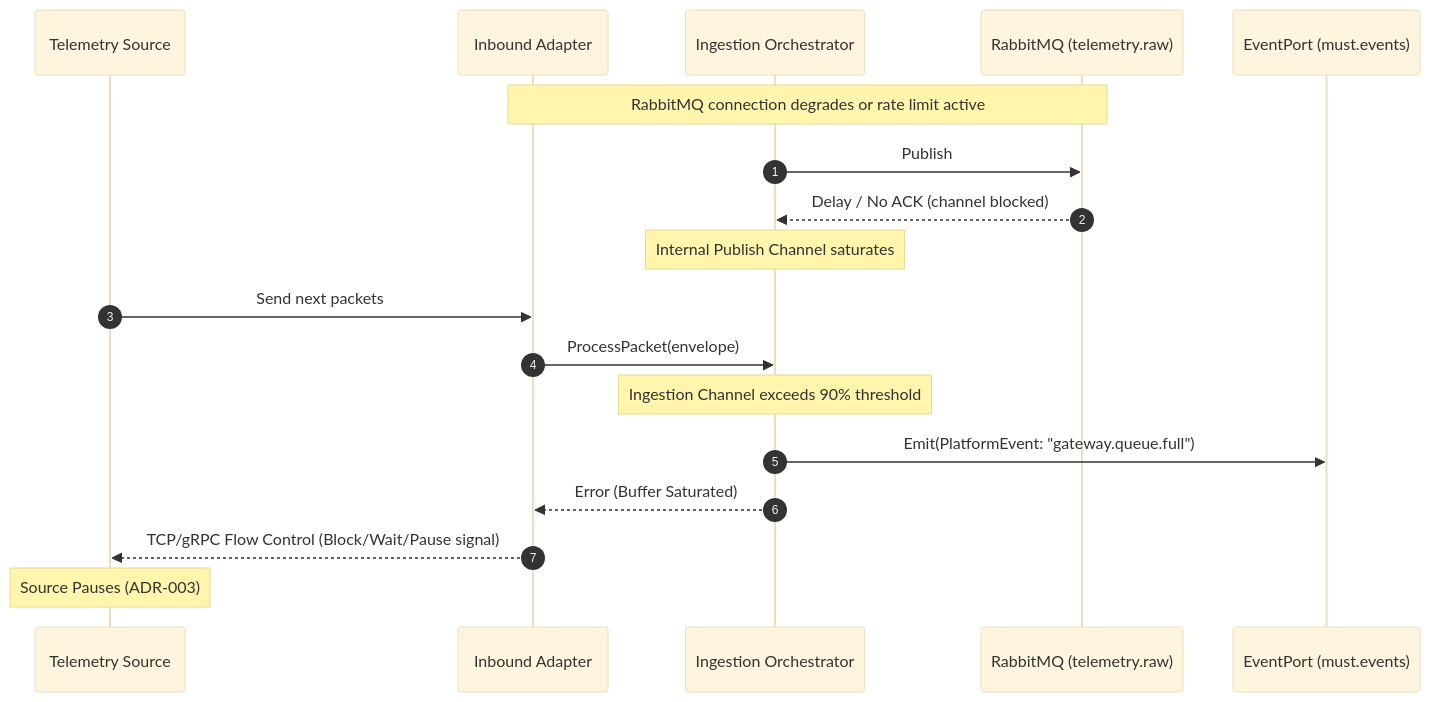
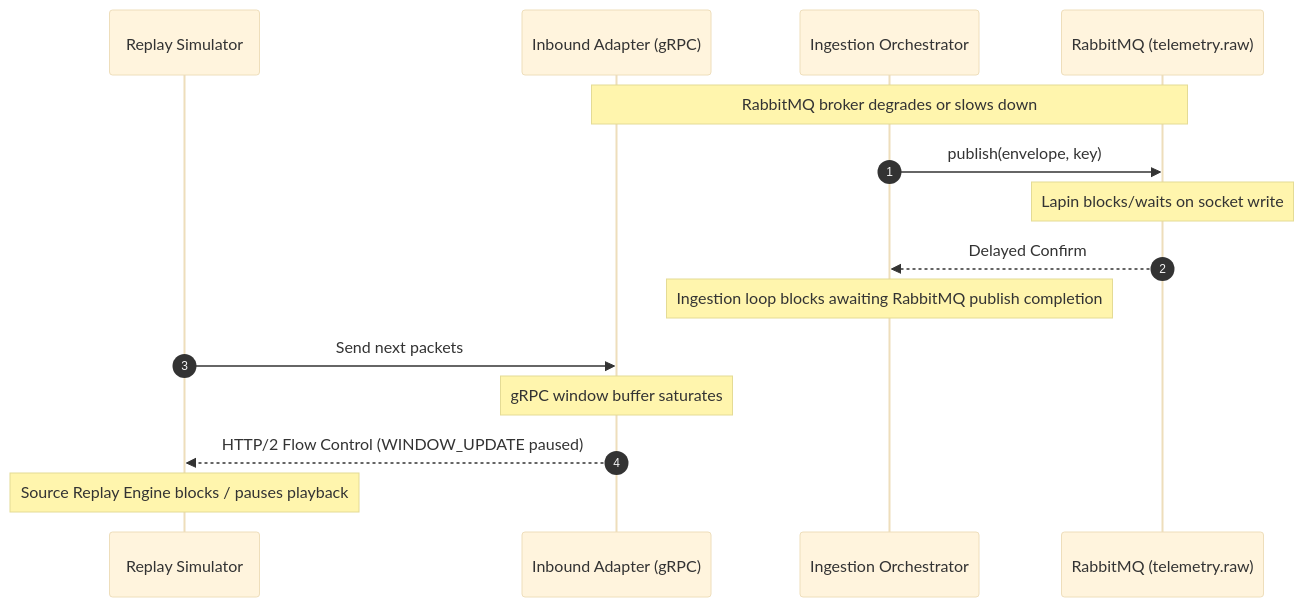
Before and after one commit to YashuFX/DATS_Processing: the fourth of 5 diagrams in telemetry-gateway/docs/04_Sequence.md, drawn with Mermaid (base theme). The commit also changed other lines of this file and 39 other files, not shown here.

````diff
--- a/telemetry-gateway/docs/04_Sequence.md
+++ b/telemetry-gateway/docs/04_Sequence.md
@@ -95,21 +86,18 @@
 ```mermaid
 sequenceDiagram
     autonumber
-    participant Source as Telemetry Source
-    participant Ingress as Inbound Adapter
+    participant Source as Replay Simulator
+    participant Ingress as Inbound Adapter (gRPC)
     participant Orch as Ingestion Orchestrator
     participant RMQ as RabbitMQ (telemetry.raw)
-    participant Evt as EventPort (must.events)
 
-    Note over Ingress,RMQ: RabbitMQ connection degrades or rate limit active
-    Orch->>RMQ: Publish
-    RMQ-->>Orch: Delay / No ACK (channel blocked)
-    Note over Orch: Internal Publish Channel saturates
+    Note over Ingress,RMQ: RabbitMQ broker degrades or slows down
+    Orch->>RMQ: publish(envelope, key)
+    Note over RMQ: Lapin blocks/waits on socket write
+    RMQ-->>Orch: Delayed Confirm
+    Note over Orch: Ingestion loop blocks awaiting RabbitMQ publish completion
     Source->>Ingress: Send next packets
-    Ingress->>Orch: ProcessPacket(envelope)
-    Note over Orch: Ingestion Channel exceeds 90% threshold
-    Orch->>Evt: Emit(PlatformEvent: "gateway.queue.full")
-    Orch-->>Ingress: Error (Buffer Saturated)
-    Ingress-->>Source: TCP/gRPC Flow Control (Block/Wait/Pause signal)
-    Note over Source: Source Pauses (ADR-003)
+    Note over Ingress: gRPC window buffer saturates
+    Ingress-->>Source: HTTP/2 Flow Control (WINDOW_UPDATE paused)
+    Note over Source: Source Replay Engine blocks / pauses playback
 ```
````
